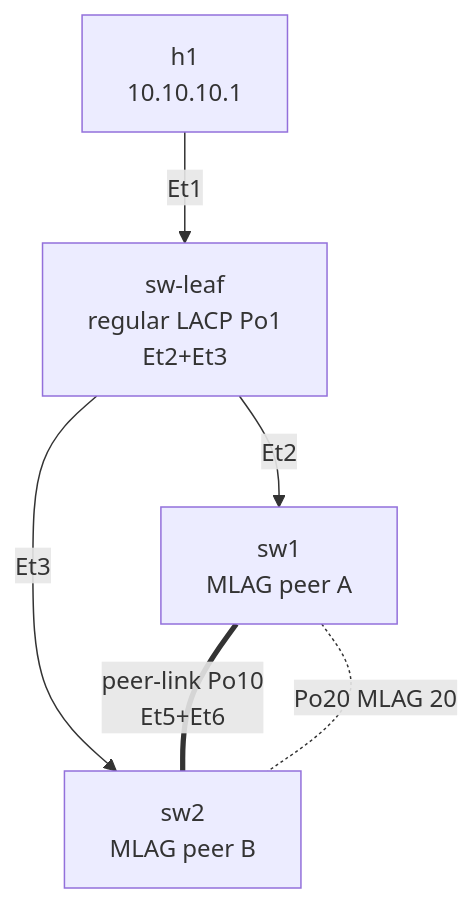
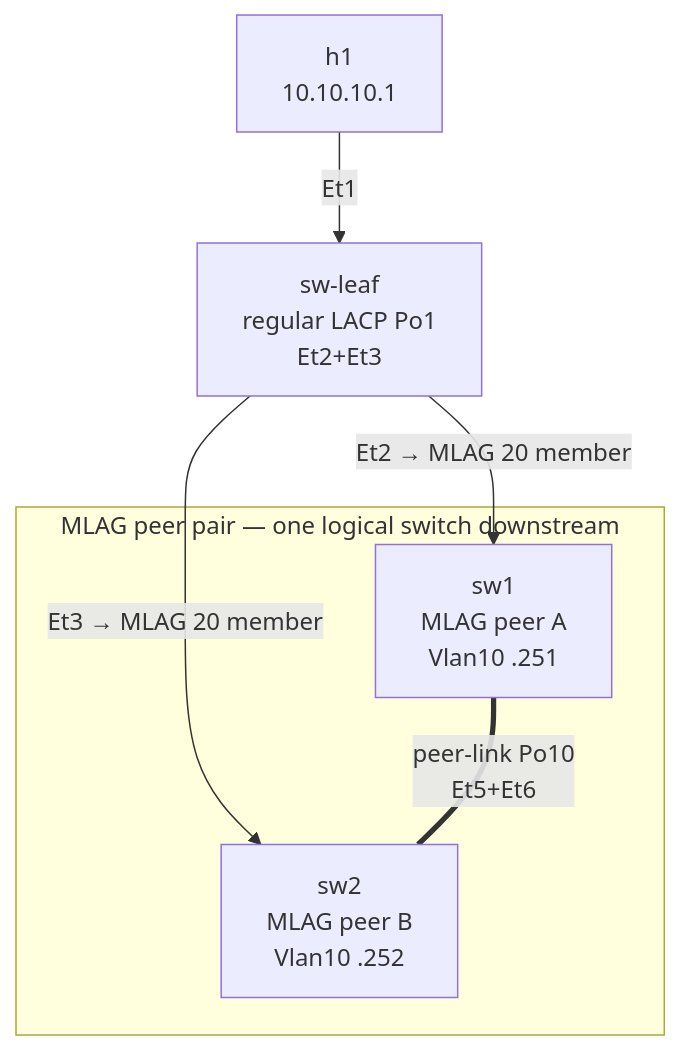
One commit to alukacs03/clauntainerlab changed the diagram in labs/14-mlag/README.md. Above: the diagram before and after it, drawn with Mermaid. The commit also changed other lines of this file and 70 other files, not shown here.

````diff
--- a/labs/14-mlag/README.md
+++ b/labs/14-mlag/README.md
@@ -27,8 +27,11 @@
 ```mermaid
 graph TB
     h1[h1<br/>10.10.10.1] -->|Et1| swleaf[sw-leaf<br/>regular LACP Po1<br/>Et2+Et3]
-    swleaf -->|Et2| sw1
-    swleaf -->|Et3| sw2
-    sw1[sw1<br/>MLAG peer A] ===|peer-link Po10<br/>Et5+Et6| sw2[sw2<br/>MLAG peer B]
-    sw1 -.Po20 MLAG 20.- sw2
+    swleaf -->|Et2 → MLAG 20 member| sw1
+    swleaf -->|Et3 → MLAG 20 member| sw2
+    subgraph mlag[MLAG peer pair — one logical switch downstream]
+        sw1[sw1<br/>MLAG peer A<br/>Vlan10 .251]
+        sw2[sw2<br/>MLAG peer B<br/>Vlan10 .252]
+        sw1 ===|peer-link Po10<br/>Et5+Et6| sw2
+    end
 ```
````
